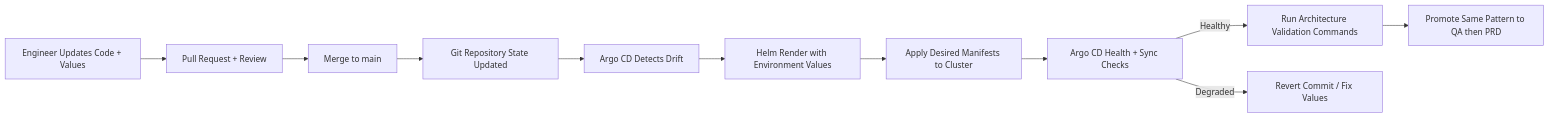
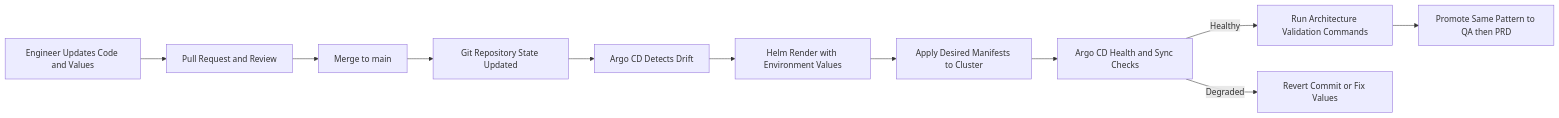
One commit to paulchen8206/Full-Stack-Modern-Data-Architecture-and-Engineering changed the eighth of 9 diagrams in docs/architecture.md. Above: the diagram before and after it, drawn with Mermaid. The commit also changed other lines of this file, not shown here.

````diff
--- a/docs/architecture.md
+++ b/docs/architecture.md
@@ -874,13 +874,13 @@
 ```mermaid
 flowchart LR
-  DEV[Engineer Updates Code + Values] --> PR[Pull Request + Review]
+  DEV[Engineer Updates Code and Values] --> PR[Pull Request and Review]
   PR --> MERGE[Merge to main]
   MERGE --> REPO[Git Repository State Updated]
   REPO --> ARGO[Argo CD Detects Drift]
   ARGO --> RENDER[Helm Render with Environment Values]
   RENDER --> APPLY[Apply Desired Manifests to Cluster]
-  APPLY --> HEALTH[Argo CD Health + Sync Checks]
+  APPLY --> HEALTH[Argo CD Health and Sync Checks]
   HEALTH -->|Healthy| VERIFY[Run Architecture Validation Commands]
-  HEALTH -->|Degraded| FIX[Revert Commit / Fix Values]
+  HEALTH -->|Degraded| FIX[Revert Commit or Fix Values]
   VERIFY --> PROMOTE[Promote Same Pattern to QA then PRD]
 ```
````
